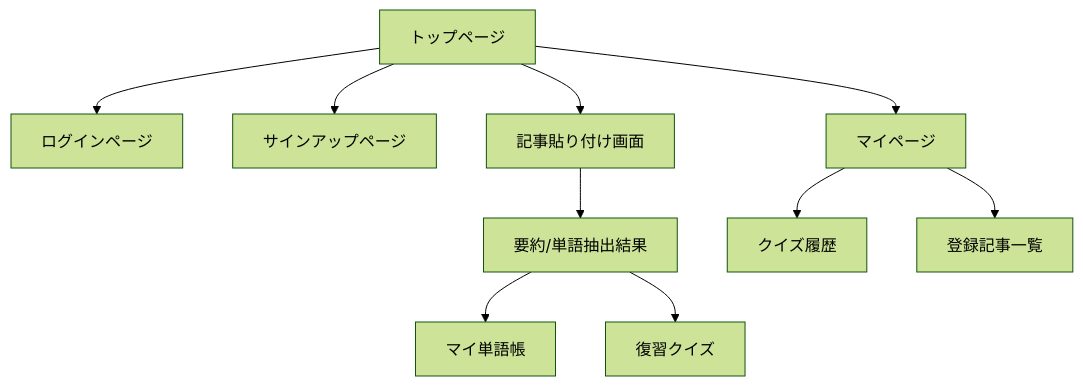
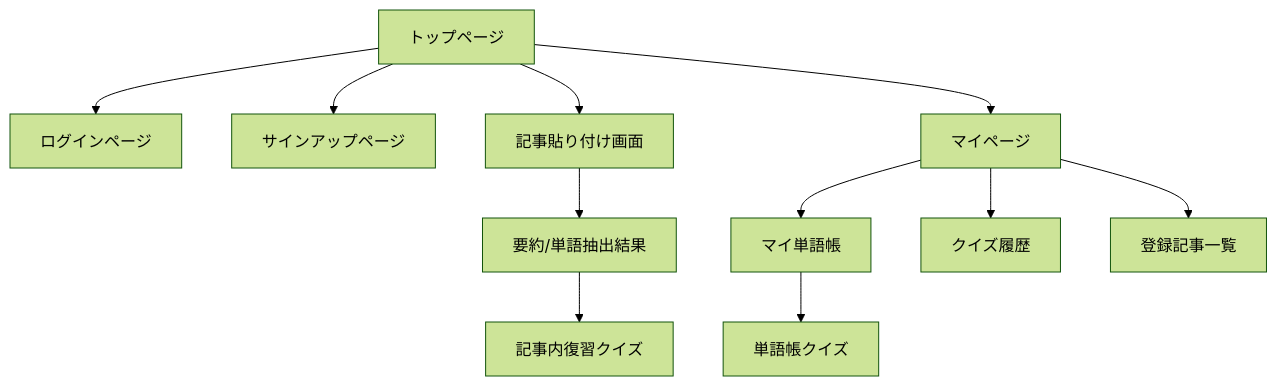
One commit to umatoma113/langboost changed the second of 3 diagrams in docs/architecture.md. Above: the diagram before and after it, drawn with Mermaid (forest theme). The commit also changed other lines of this file, not shown here.

````diff
--- a/docs/architecture.md
+++ b/docs/architecture.md
@@ -26,12 +26,13 @@
 ```mermaid
 graph TD
   TOP[トップページ] --> LOGIN[ログインページ]
   TOP --> SIGNUP[サインアップページ]
   TOP --> INPUT[記事貼り付け画面]
   INPUT --> SUMMARY[要約/単語抽出結果]
-  SUMMARY --> WORDLIST[マイ単語帳]
-  SUMMARY --> QUIZ[復習クイズ]
+  SUMMARY --> SUMMARYQUIZ[記事内復習クイズ]
   TOP --> MYPAGE[マイページ]
+  MYPAGE --> WORDLIST[マイ単語帳]
+  WORDLIST --> WORDQUIZ[単語帳クイズ]
   MYPAGE --> QUIZHISTORY[クイズ履歴]
   MYPAGE --> ARTICLES[登録記事一覧]
 ```
````
